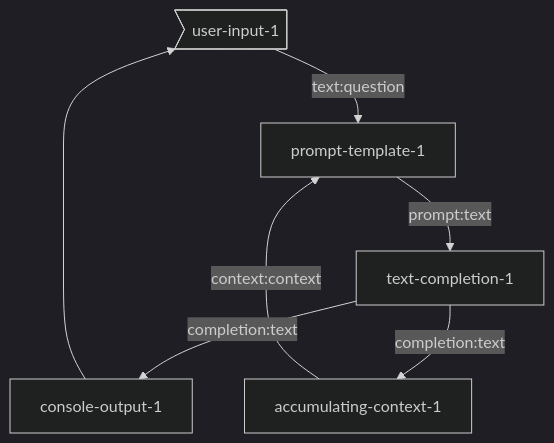
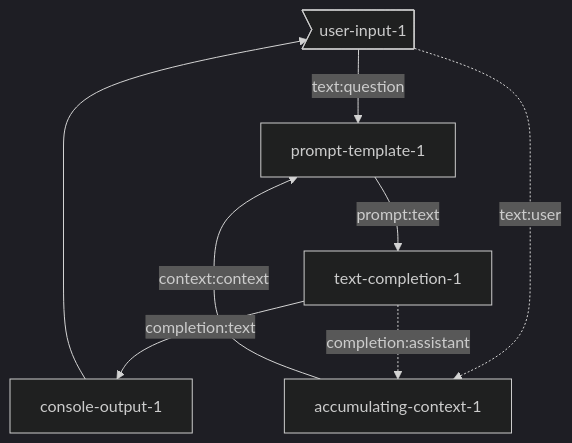
Before and after one commit to breadboard-ai/breadboard: the diagram in seeds/graph-playground/docs/graphs/accumulating-context.md, drawn with Mermaid (dark theme). The commit also changed 4 other files, not shown here.

Commit message:
[graph-playground] Introduce "optional" edges.

````diff
--- a/seeds/graph-playground/docs/graphs/accumulating-context.md
+++ b/seeds/graph-playground/docs/graphs/accumulating-context.md
@@ -4,9 +4,10 @@
 ```mermaid
 graph TD;
 user-input-1>user-input-1] -- text:question --> prompt-template-1
 prompt-template-1 -- prompt:text --> text-completion-1
 text-completion-1 -- completion:text --> console-output-1
-text-completion-1 -- completion:text --> accumulating-context-1
+user-input-1 -. text:user .-> accumulating-context-1
+text-completion-1 -. completion:assistant .-> accumulating-context-1
 console-output-1 --> user-input-1
 accumulating-context-1 -- context:context --> prompt-template-1
 ```
````
